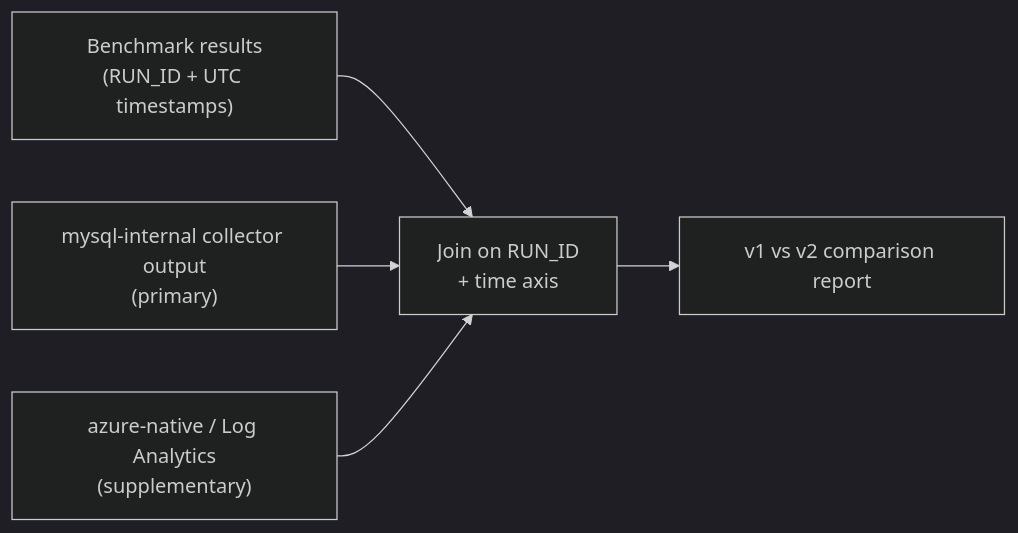
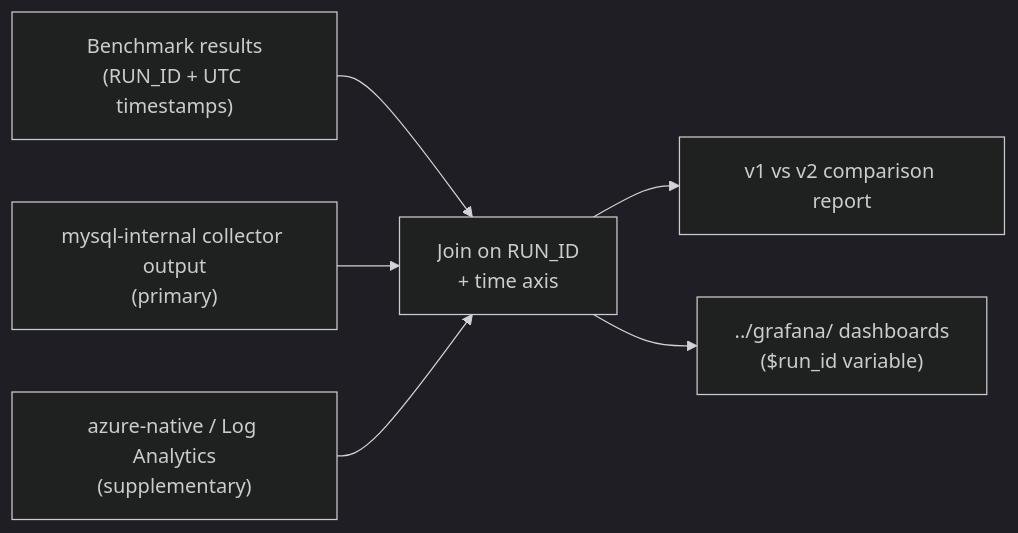
The diagram in benchmark-integration/README.md (DalBamS/azure-mysql-monitoring), drawn with Mermaid (dark theme) before and after one commit. The commit also changed other lines of this file and 10 other files, not shown here.

````diff
--- a/benchmark-integration/README.md
+++ b/benchmark-integration/README.md
@@ -13,7 +13,8 @@
 ```mermaid
 flowchart LR
     BM["Benchmark results<br/>(RUN_ID + UTC timestamps)"] --> J["Join on RUN_ID<br/>+ time axis"]
     COL["mysql-internal collector output<br/>(primary)"] --> J
     LAW["azure-native / Log Analytics<br/>(supplementary)"] --> J
     J --> R["v1 vs v2 comparison report"]
+    J --> G["../grafana/ dashboards<br/>($run_id variable)"]
 ```
````
